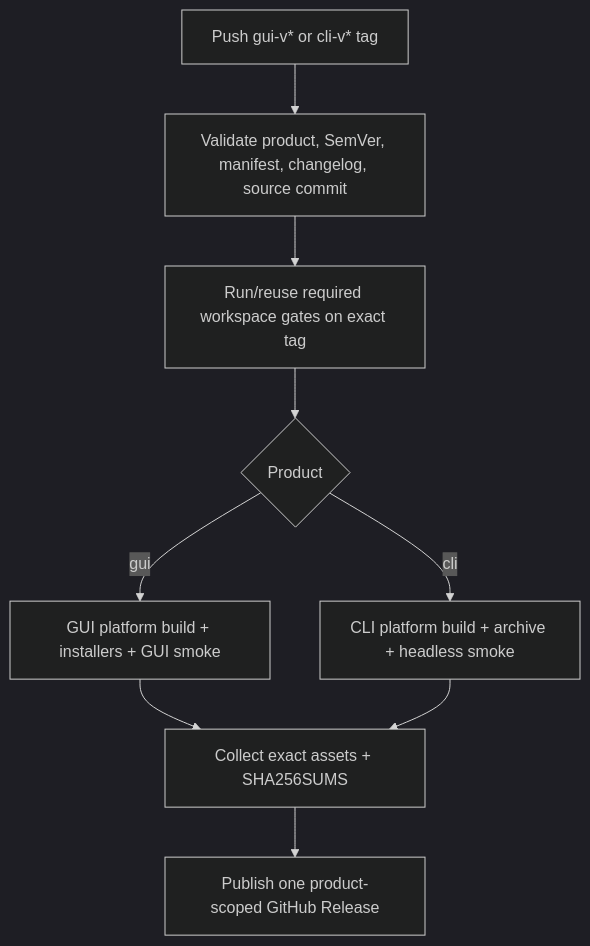
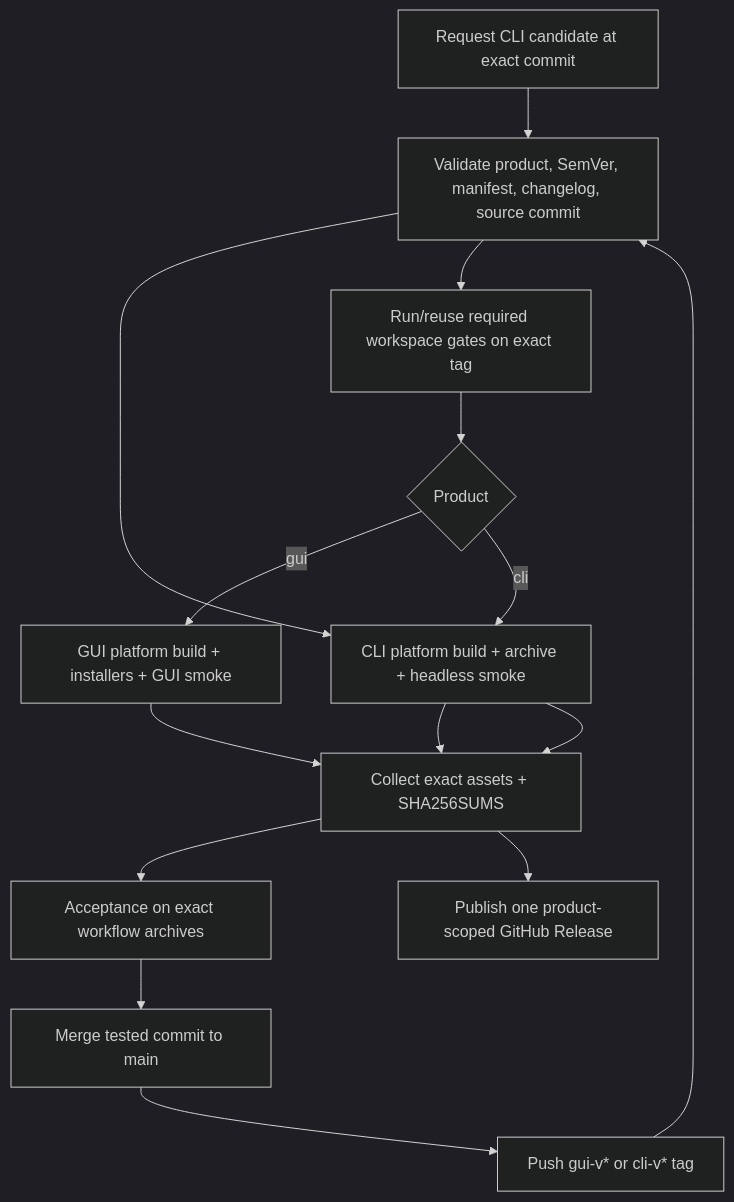
The diagram in docs/architecture/release-architecture.md (maelic13/colosseum), drawn with Mermaid (dark theme) before and after one commit. The commit also changed other lines of this file and 14 other files, not shown here.

Commit message:
Phase 9.4: add candidate release gates [cli candidate]

````diff
--- a/docs/architecture/release-architecture.md
+++ b/docs/architecture/release-architecture.md
@@ -276,20 +285,29 @@
 ```mermaid
 flowchart TD
+    CANDIDATE["Request CLI candidate at exact commit"]
+    ACCEPT["Acceptance on exact workflow archives"]
+    MERGE["Merge tested commit to main"]
     TAG["Push gui-v* or cli-v* tag"]
     META["Validate product, SemVer, manifest, changelog, source commit"]
     TEST["Run/reuse required workspace gates on exact tag"]
     ROUTE{"Product"}
     GUI["GUI platform build + installers + GUI smoke"]
     CLI["CLI platform build + archive + headless smoke"]
     HASH["Collect exact assets + SHA256SUMS"]
     RELEASE["Publish one product-scoped GitHub Release"]
 
+    CANDIDATE --> META
+    META --> CLI
+    CLI --> HASH
+    HASH --> ACCEPT
+    ACCEPT --> MERGE
+    MERGE --> TAG
     TAG --> META
     META --> TEST
     TEST --> ROUTE
     ROUTE -->|gui| GUI
     ROUTE -->|cli| CLI
     GUI --> HASH
     CLI --> HASH
     HASH --> RELEASE
 ```
````
